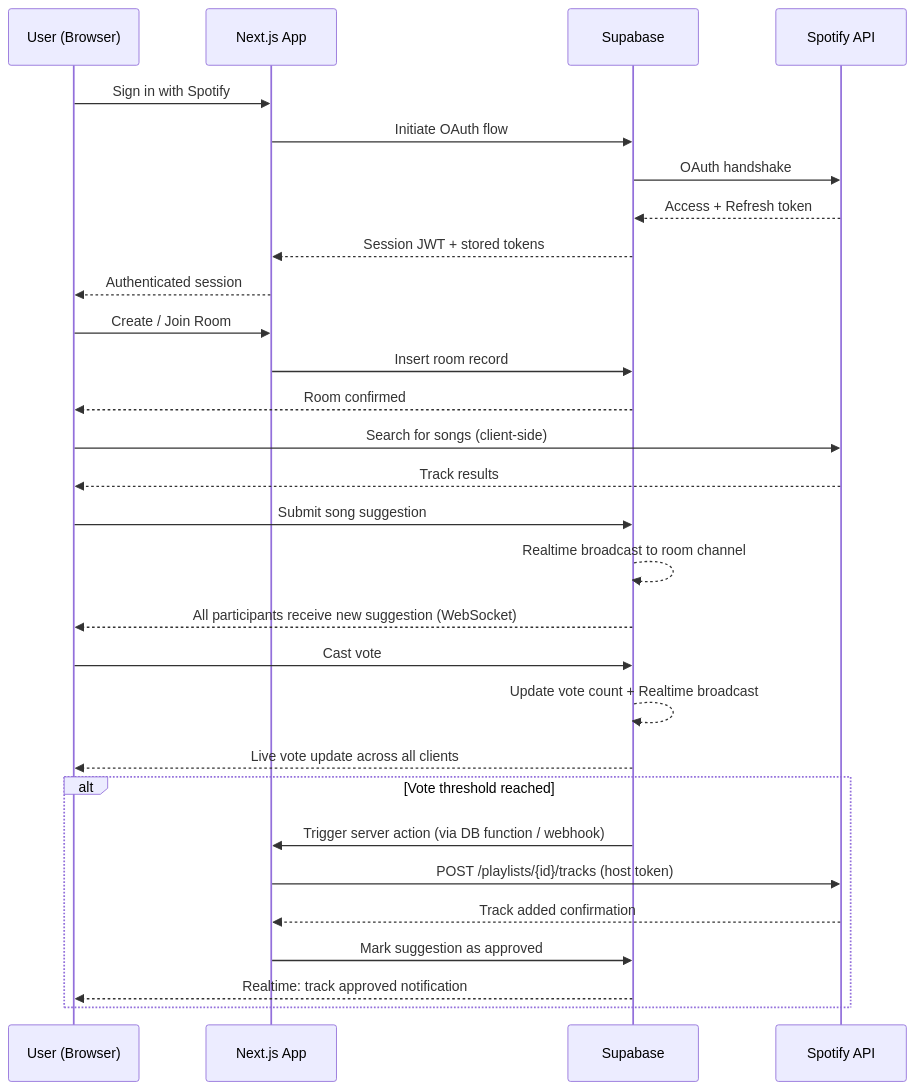
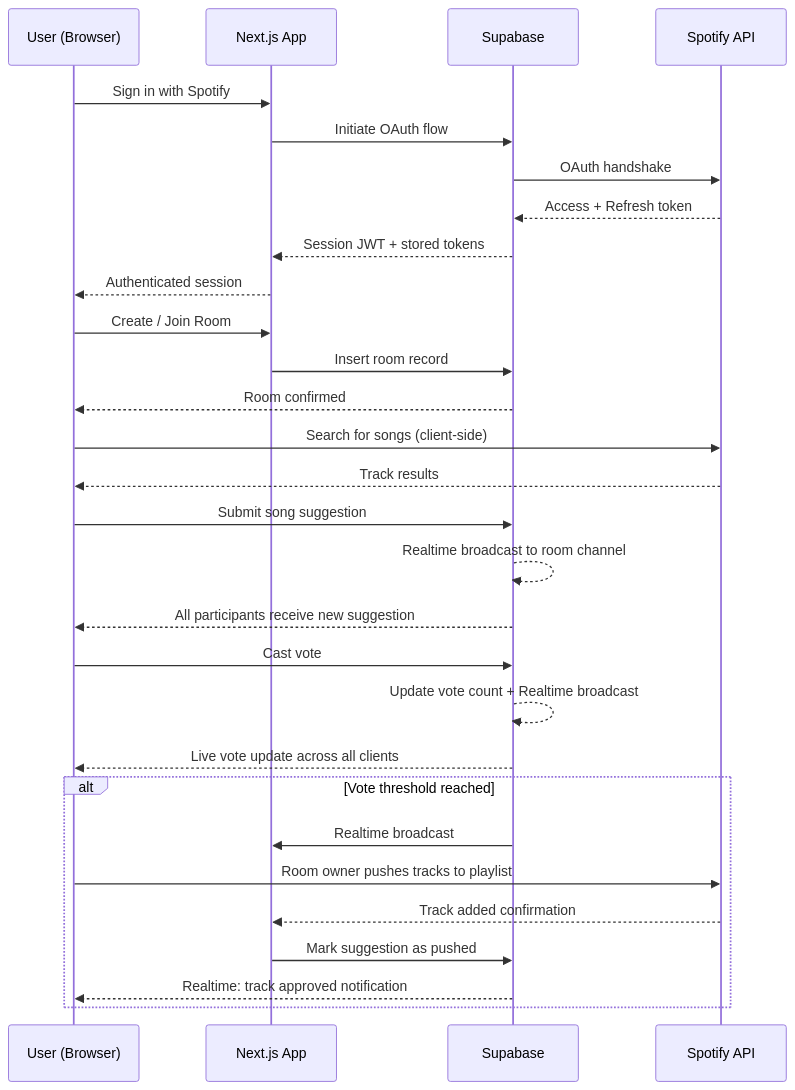
Before and after one commit to Vahsek123/collabify: the diagram in README.md, drawn with Mermaid. The commit also changed other lines of this file, not shown here.

````diff
--- a/README.md
+++ b/README.md
@@ -131,37 +107,37 @@
 ```mermaid
 sequenceDiagram
     participant U as User (Browser)
     participant N as Next.js App
     participant S as Supabase
     participant SP as Spotify API
 
     U->>N: Sign in with Spotify
     N->>S: Initiate OAuth flow
     S->>SP: OAuth handshake
     SP-->>S: Access + Refresh token
     S-->>N: Session JWT + stored tokens
     N-->>U: Authenticated session
 
     U->>N: Create / Join Room
     N->>S: Insert room record
     S-->>U: Room confirmed
 
     U->>SP: Search for songs (client-side)
     SP-->>U: Track results
 
     U->>S: Submit song suggestion
     S-->>S: Realtime broadcast to room channel
-    S-->>U: All participants receive new suggestion (WebSocket)
+    S-->>U: All participants receive new suggestion
 
     U->>S: Cast vote
     S-->>S: Update vote count + Realtime broadcast
     S-->>U: Live vote update across all clients
 
     alt Vote threshold reached
-        S->>N: Trigger server action (via DB function / webhook)
-        N->>SP: POST /playlists/{id}/tracks (host token)
+        S->>N: Realtime broadcast
+        U->>SP: Room owner pushes tracks to playlist
         SP-->>N: Track added confirmation
-        N->>S: Mark suggestion as approved
+        N->>S: Mark suggestion as pushed
         S-->>U: Realtime: track approved notification
     end
 ```
````
